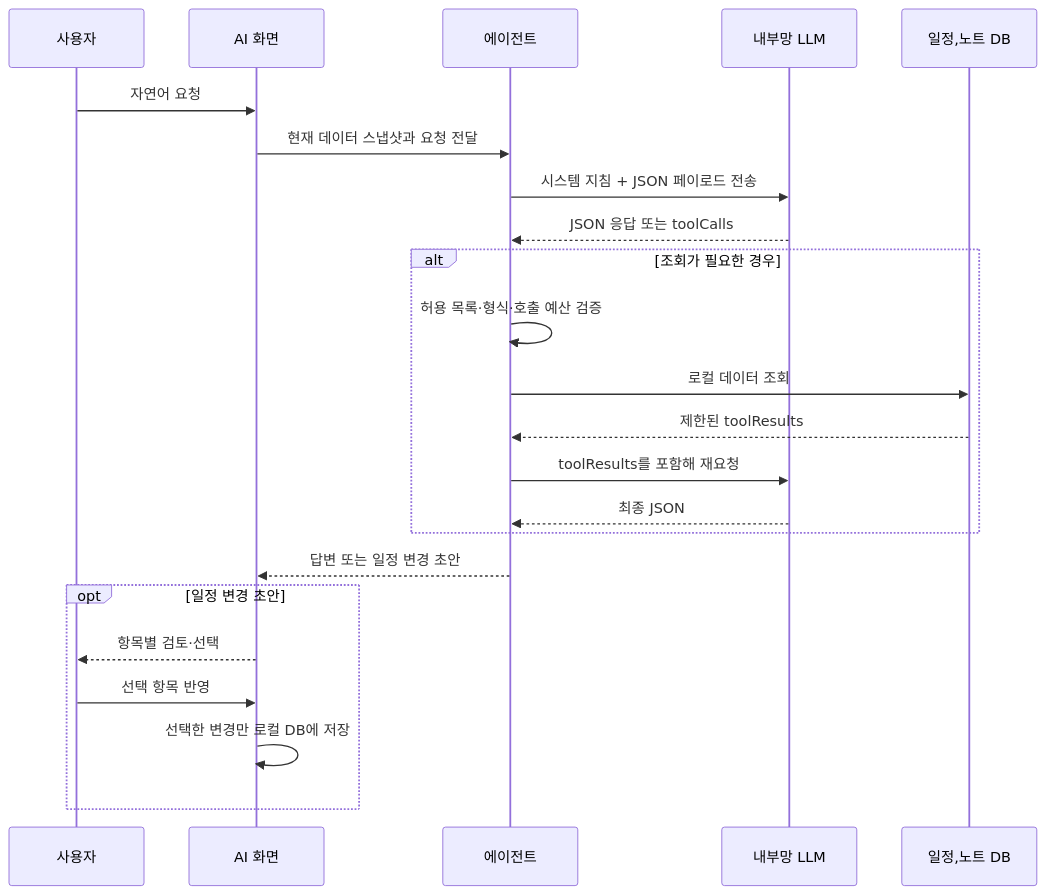
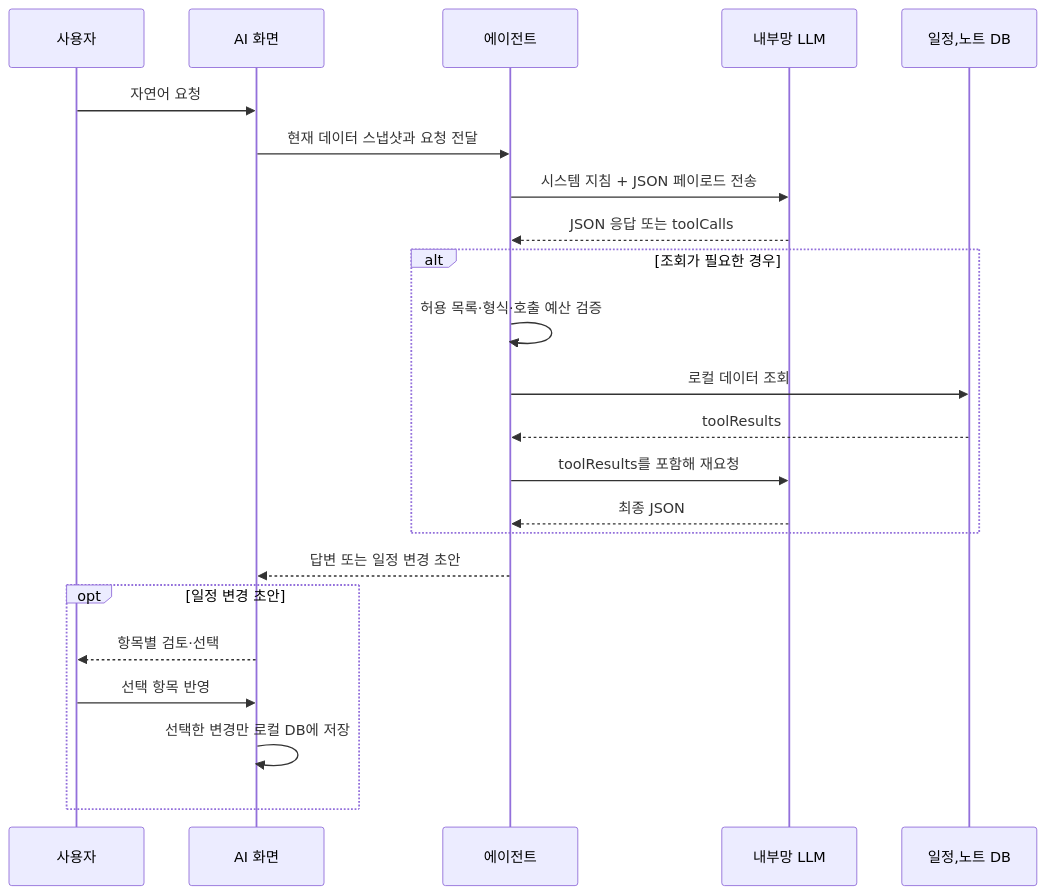
The diagram in docs/TOOL_CALLING.md (sohnjun96/AI-Planner), drawn with Mermaid before and after one commit.

Commit message:
Update toolResults response in TOOL_CALLING.md

````diff
--- a/docs/TOOL_CALLING.md
+++ b/docs/TOOL_CALLING.md
@@ -9,26 +9,26 @@
 ```mermaid
 sequenceDiagram
     participant U as 사용자
     participant UI as AI 화면
     participant A as 에이전트
     participant L as 내부망 LLM
     participant T as 일정,노트 DB
 
     U->>UI: 자연어 요청
     UI->>A: 현재 데이터 스냅샷과 요청 전달
     A->>L: 시스템 지침 + JSON 페이로드 전송
     L-->>A: JSON 응답 또는 toolCalls
     alt 조회가 필요한 경우
         A->>A: 허용 목록·형식·호출 예산 검증
         A->>T: 로컬 데이터 조회
-        T-->>A: 제한된 toolResults
+        T-->>A: toolResults
         A->>L: toolResults를 포함해 재요청
         L-->>A: 최종 JSON
     end
     A-->>UI: 답변 또는 일정 변경 초안
     opt 일정 변경 초안
         UI-->>U: 항목별 검토·선택
         U->>UI: 선택 항목 반영
         UI->>UI: 선택한 변경만 로컬 DB에 저장
     end
 ```
````
